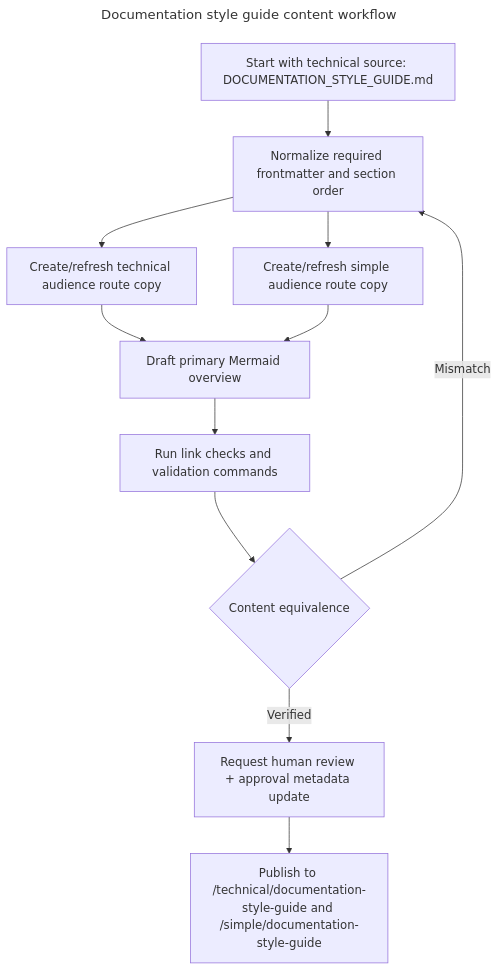
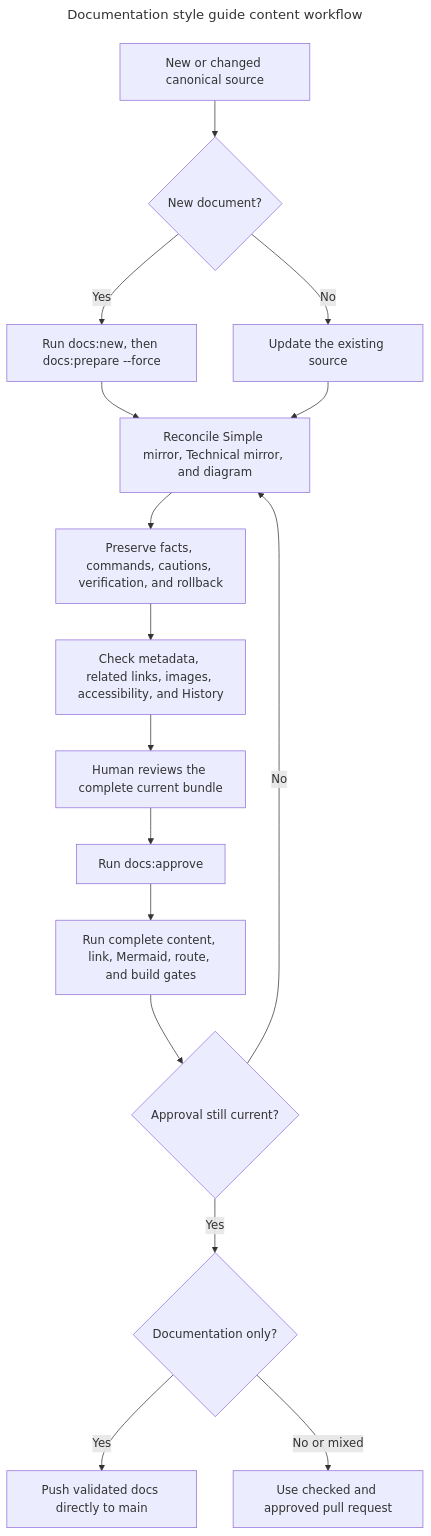
One commit to ramideltoro/nutsnews-docs changed the diagram in diagrams/DOCUMENTATION_STYLE_GUIDE.mmd. Above: the diagram before and after it, drawn with Mermaid. The commit also changed 3 other files, not shown here.

```diff
--- a/diagrams/DOCUMENTATION_STYLE_GUIDE.mmd
+++ b/diagrams/DOCUMENTATION_STYLE_GUIDE.mmd
@@ -1,19 +1,24 @@
 ---
 title: Documentation style guide content workflow
 ---
 
 flowchart TB
   accTitle: Documentation Style Guide
   accDescr {
-    Use this guide when adding or updating NutsNews documentation.
+    A new or changed canonical Technical source is reconciled with its Simple mirror, Technical mirror, accessible diagram, metadata, links, images, and History placement. Human approval follows the complete review, and any stale change returns the bundle to review before validation and delivery.
   }
-  A["Start with technical source: DOCUMENTATION_STYLE_GUIDE.md"] --> B["Normalize required frontmatter and section order"]
-  B --> C["Create/refresh technical audience route copy"]
-  B --> D["Create/refresh simple audience route copy"]
-  C --> E["Draft primary Mermaid overview"]
-  D --> E
-  E --> F["Run link checks and validation commands"]
-  F --> G{"Content equivalence"}
-  G -->|Mismatch| B
-  G -->|Verified| H["Request human review + approval metadata update"]
-  H --> I["Publish to /technical/documentation-style-guide and /simple/documentation-style-guide"]
+  request["New or changed canonical source"] --> scaffold{"New document?"}
+  scaffold -->|Yes| newdoc["Run docs:new, then docs:prepare --force"]
+  scaffold -->|No| update["Update the existing source"]
+  newdoc --> bundle["Reconcile Simple mirror, Technical mirror, and diagram"]
+  update --> bundle
+  bundle --> safety["Preserve facts, commands, cautions, verification, and rollback"]
+  safety --> assets["Check metadata, related links, images, accessibility, and History"]
+  assets --> review["Human reviews the complete current bundle"]
+  review --> approve["Run docs:approve"]
+  approve --> validate["Run complete content, link, Mermaid, route, and build gates"]
+  validate --> current{"Approval still current?"}
+  current -->|No| bundle
+  current -->|Yes| deliver{"Documentation only?"}
+  deliver -->|Yes| main["Push validated docs directly to main"]
+  deliver -->|No or mixed| pr["Use checked and approved pull request"]
```
